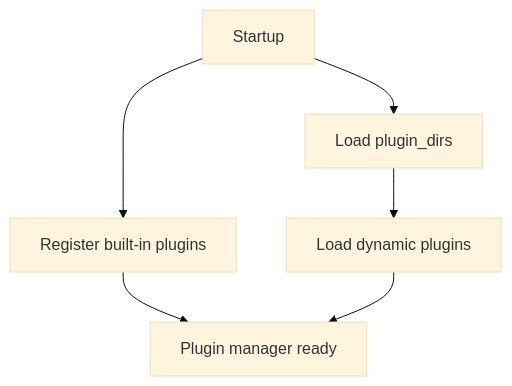
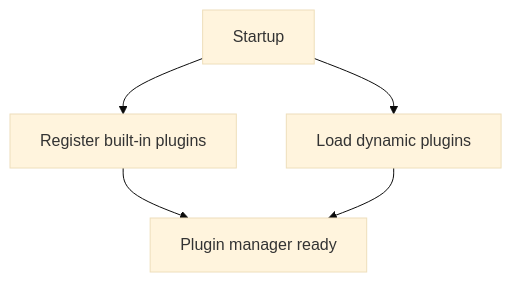
One commit to multiplex55/Multi_Launcher changed the second of 4 diagrams in README.md. Above: the diagram before and after it, drawn with Mermaid (base theme). The commit also changed other lines of this file and 3 other files, not shown here.

````diff
--- a/README.md
+++ b/README.md
@@ -173,8 +171,7 @@
 ```mermaid
 graph TD
     S[Startup] --> B1[Register built-in plugins]
-    S --> B2[Load plugin_dirs]
-    B2 --> L[Load dynamic plugins]
+    S --> L[Load dynamic plugins]
     B1 --> PM[Plugin manager ready]
     L --> PM
 ```
````
